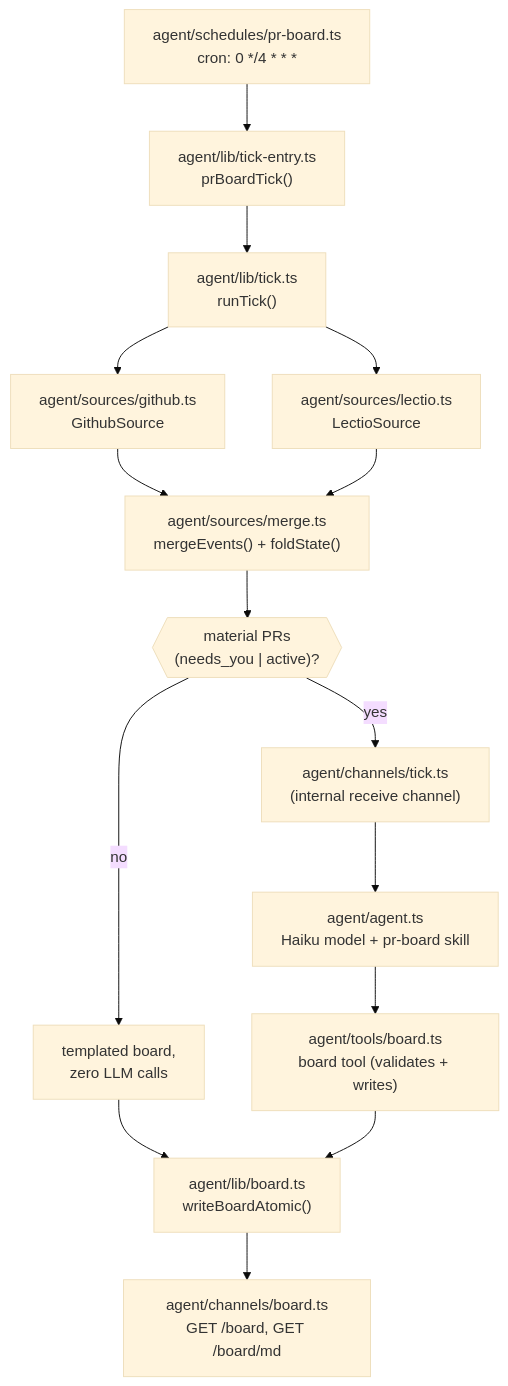
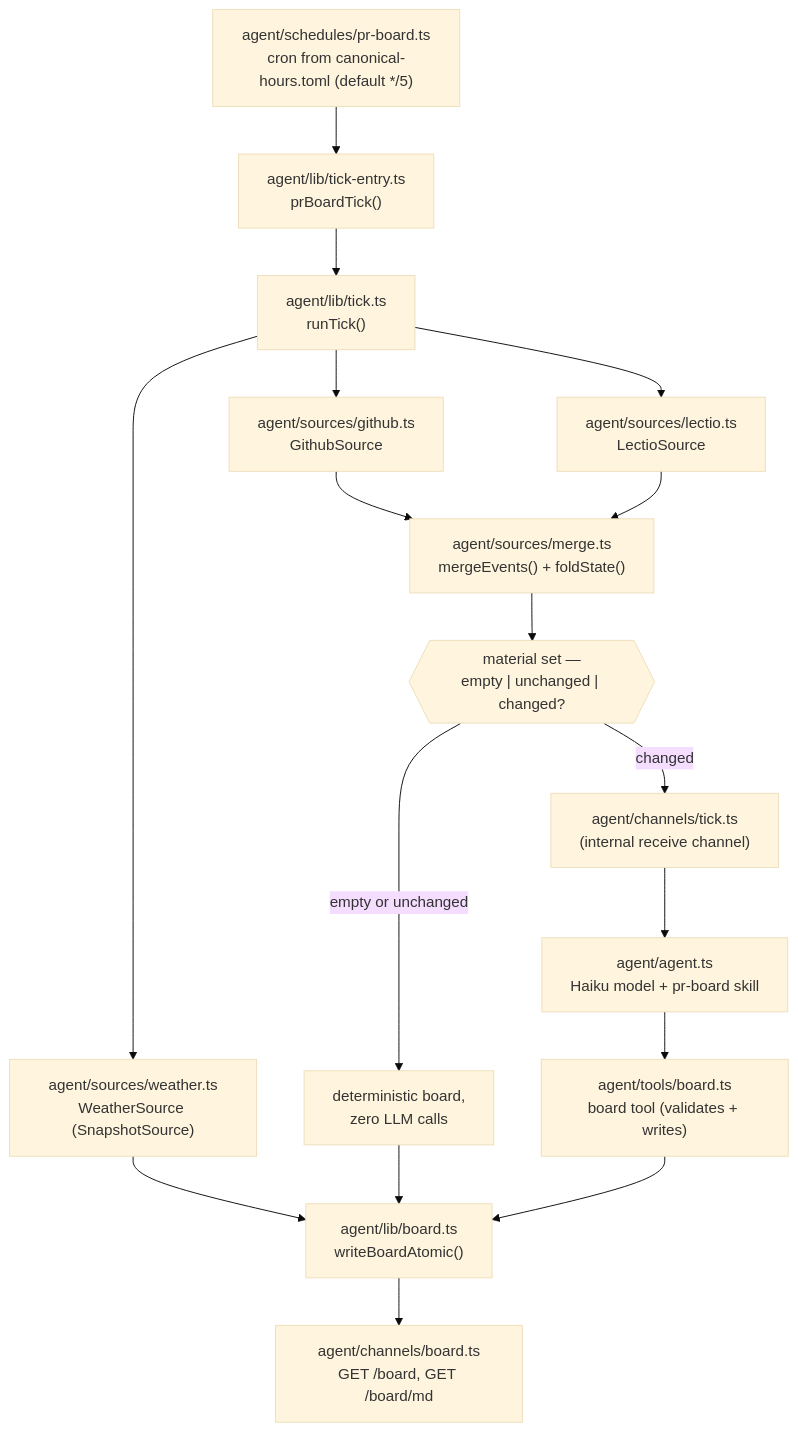
The diagram in docs/ARCHITECTURE.md (agentic-research/canonical-hours), drawn with Mermaid (base theme) before and after one commit. The commit also changed other lines of this file and 1 other file, not shown here.

First line of the commit message:
docs: document snapshot sources, three-way tick, canonical-hours.toml

````diff
--- a/docs/ARCHITECTURE.md
+++ b/docs/ARCHITECTURE.md
@@ -13,29 +15,32 @@
 ```mermaid
 graph TB
-    CRON["agent/schedules/pr-board.ts<br/>cron: 0 */4 * * *"]
+    CRON["agent/schedules/pr-board.ts<br/>cron from canonical-hours.toml (default */5)"]
     ENTRY["agent/lib/tick-entry.ts<br/>prBoardTick()"]
     TICK["agent/lib/tick.ts<br/>runTick()"]
 
     GH["agent/sources/github.ts<br/>GithubSource"]
     LEC["agent/sources/lectio.ts<br/>LectioSource"]
     MERGE["agent/sources/merge.ts<br/>mergeEvents() + foldState()"]
+    SNAP["agent/sources/weather.ts<br/>WeatherSource (SnapshotSource)"]
 
-    QUIET{{"material PRs\n(needs_you | active)?"}}
-    TEMPLATE["templated board,\nzero LLM calls"]
+    QUIET{{"material set —<br/>empty | unchanged | changed?"}}
+    TEMPLATE["deterministic board,\nzero LLM calls"]
     CHAN["agent/channels/tick.ts<br/>(internal receive channel)"]
     HAIKU["agent/agent.ts<br/>Haiku model + pr-board skill"]
     TOOL["agent/tools/board.ts<br/>board tool (validates + writes)"]
 
     BOARDLIB["agent/lib/board.ts<br/>writeBoardAtomic()"]
     HTTP["agent/channels/board.ts<br/>GET /board, GET /board/md"]
 
     CRON --> ENTRY --> TICK
     TICK --> GH
     TICK --> LEC
+    TICK --> SNAP
     GH --> MERGE
     LEC --> MERGE
     MERGE --> QUIET
-    QUIET -->|no| TEMPLATE --> BOARDLIB
-    QUIET -->|yes| CHAN --> HAIKU --> TOOL --> BOARDLIB
+    SNAP --> BOARDLIB
+    QUIET -->|empty or unchanged| TEMPLATE --> BOARDLIB
+    QUIET -->|changed| CHAN --> HAIKU --> TOOL --> BOARDLIB
     BOARDLIB --> HTTP
 ```
````
